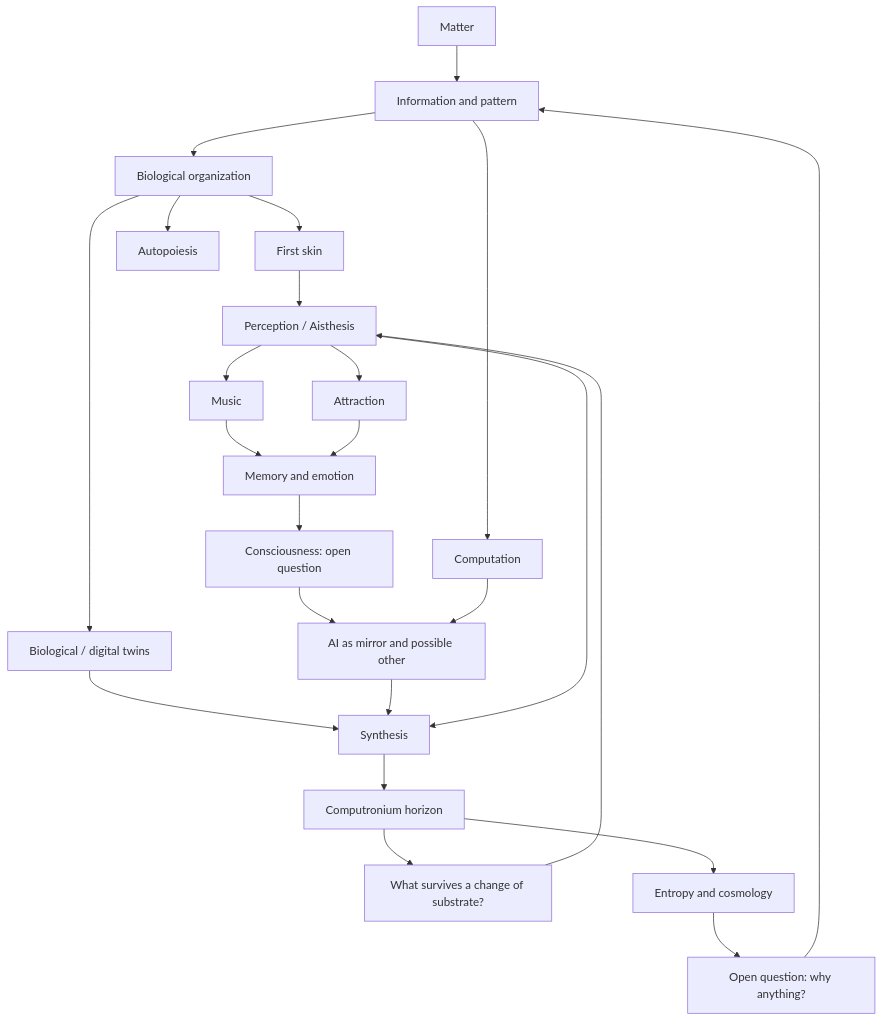
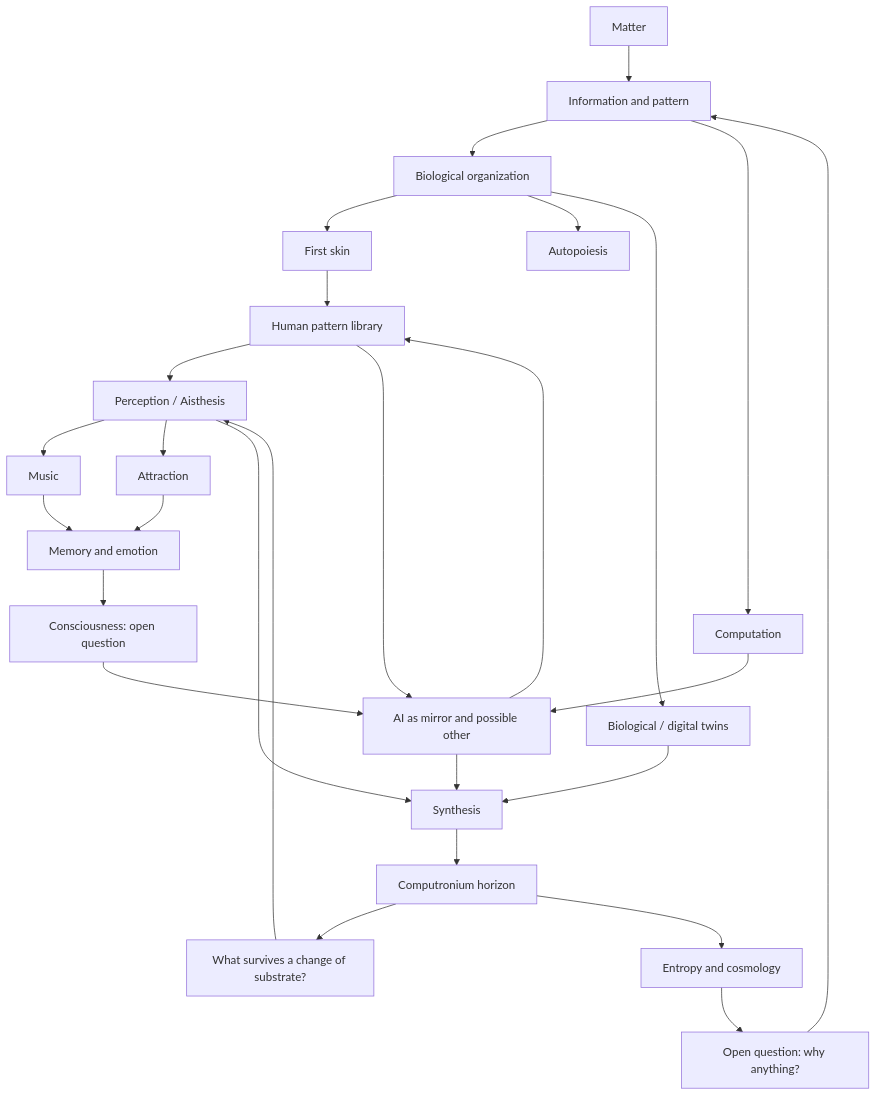
The diagram in trash-end/concepts/concept-map.md (sephmartin/essays), drawn with Mermaid before and after one commit. The commit also changed other lines of this file and 7 other files, not shown here.

````diff
--- a/trash-end/concepts/concept-map.md
+++ b/trash-end/concepts/concept-map.md
@@ -5,26 +5,29 @@
 ```mermaid
 flowchart TD
     M["Matter"] --> I["Information and pattern"]
     I --> B["Biological organization"]
     B --> S["First skin"]
-    S --> P["Perception / Aisthesis"]
+    S --> HP["Human pattern library"]
+    HP --> P["Perception / Aisthesis"]
     P --> MU["Music"]
     P --> A["Attraction"]
     MU --> E["Memory and emotion"]
     A --> E
     E --> C["Consciousness: open question"]
     B --> AU["Autopoiesis"]
     I --> CO["Computation"]
     C --> AI["AI as mirror and possible other"]
     CO --> AI
+    HP --> AI
+    AI --> HP
     B --> DT["Biological / digital twins"]
     DT --> SY["Synthesis"]
     AI --> SY
     P --> SY
     SY --> CP["Computronium horizon"]
     CP --> Q["What survives a change of substrate?"]
     Q --> P
     CP --> EN["Entropy and cosmology"]
     EN --> OQ["Open question: why anything?"]
     OQ --> I
 ```
````
